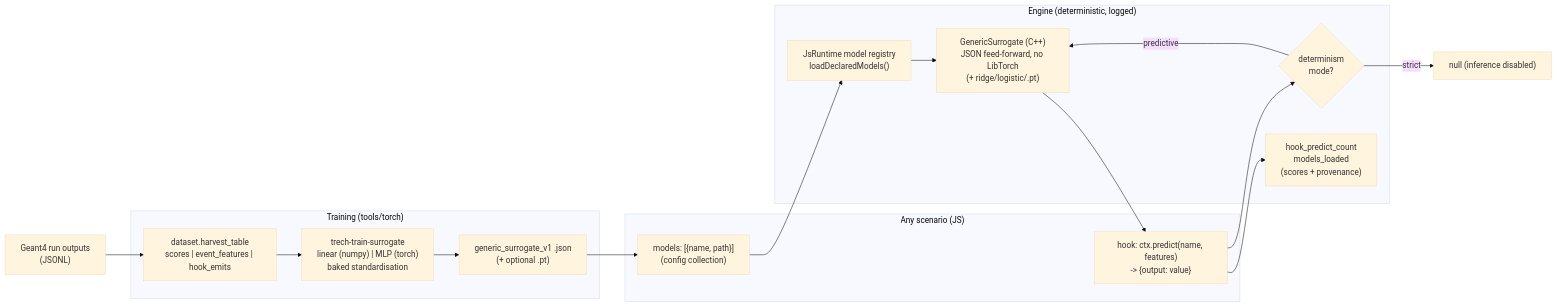
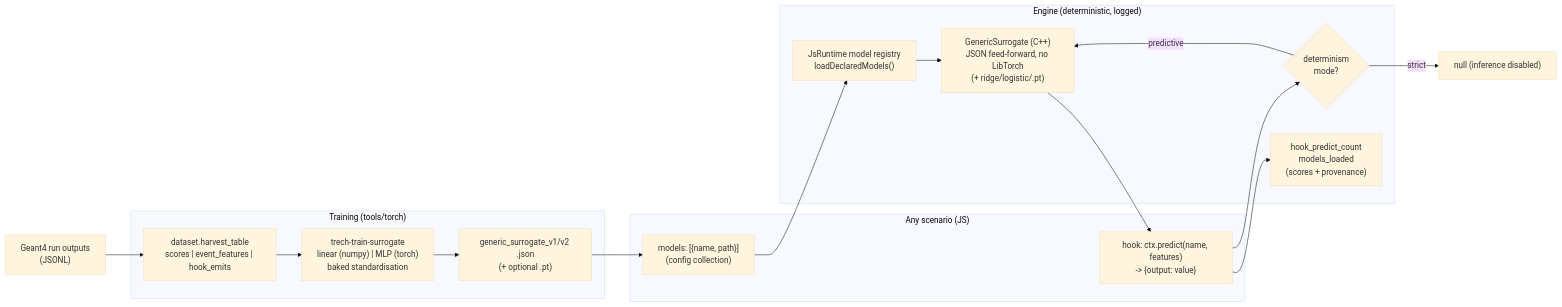
One commit to Geckos-Ink/trech changed diagram 22 of 27 in CHARTS.md. Above: the diagram before and after it, drawn with Mermaid (base theme). The commit also changed other lines of this file and 35 other files, not shown here.

````diff
--- a/CHARTS.md
+++ b/CHARTS.md
@@ -563,25 +568,25 @@
 ```mermaid
 flowchart LR
   subgraph AnyScenario["Any scenario (JS)"]
     DECL["models: [{name, path}]\n(config collection)"]
     HOOK["hook: ctx.predict(name, features)\n-> {output: value}"]
   end
   subgraph Engine["Engine (deterministic, logged)"]
     REG["JsRuntime model registry\nloadDeclaredModels()"]
     GS["GenericSurrogate (C++)\nJSON feed-forward, no LibTorch\n(+ ridge/logistic/.pt)"]
     GATE{"determinism\nmode?"}
     PROV["hook_predict_count\nmodels_loaded\n(scores + provenance)"]
   end
   subgraph Training["Training (tools/torch)"]
     HARV["dataset.harvest_table\nscores | event_features | hook_emits"]
     TRAIN["trech-train-surrogate\nlinear (numpy) | MLP (torch)\nbaked standardisation"]
-    JSON["generic_surrogate_v1 .json\n(+ optional .pt)"]
+    JSON["generic_surrogate_v1/v2 .json\n(+ optional .pt)"]
   end
   DECL --> REG --> GS
   HOOK --> GATE
   GATE -- predictive --> GS
   GATE -- strict --> NULLV["null (inference disabled)"]
   GS --> HOOK
   HOOK --> PROV
   GEANT["Geant4 run outputs\n(JSONL)"] --> HARV --> TRAIN --> JSON --> DECL
 ```
````
